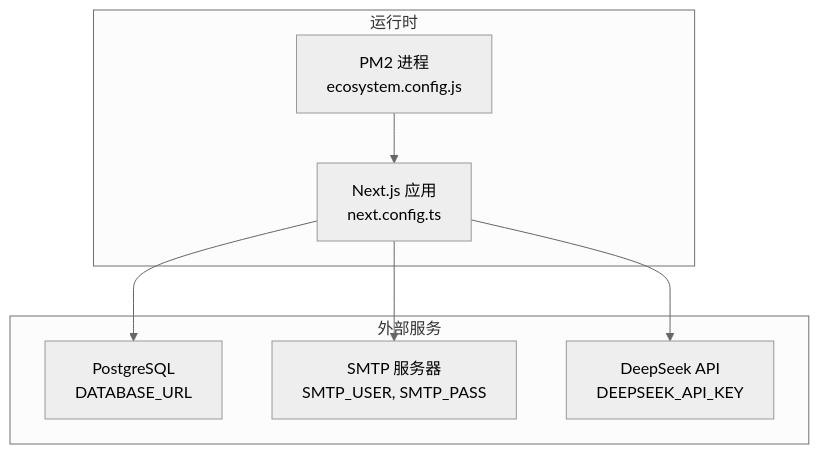
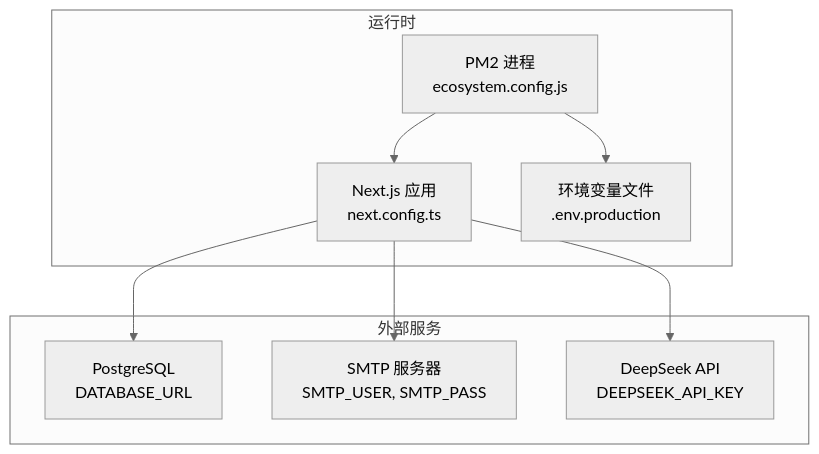
One commit to kangkang919/xinya changed the second of 3 diagrams in .qoder/repowiki/zh/content/部署与运维/环境配置.md. Above: the diagram before and after it, drawn with Mermaid (neutral theme). The commit also changed other lines of this file and 34 other files, not shown here.

````diff
--- a/.qoder/repowiki/zh/content/部署与运维/环境配置.md
+++ b/.qoder/repowiki/zh/content/部署与运维/环境配置.md
@@ -115,16 +128,18 @@
 ```mermaid
 graph TB
 subgraph "运行时"
 P["PM2 进程<br/>ecosystem.config.js"]
 N["Next.js 应用<br/>next.config.ts"]
+E["环境变量文件<br/>.env.production"]
 end
 subgraph "外部服务"
 DB["PostgreSQL<br/>DATABASE_URL"]
 SMTP["SMTP 服务器<br/>SMTP_USER, SMTP_PASS"]
 AI["DeepSeek API<br/>DEEPSEEK_API_KEY"]
 end
 P --> N
+P --> E
 N --> DB
 N --> SMTP
 N --> AI
 ```
````
